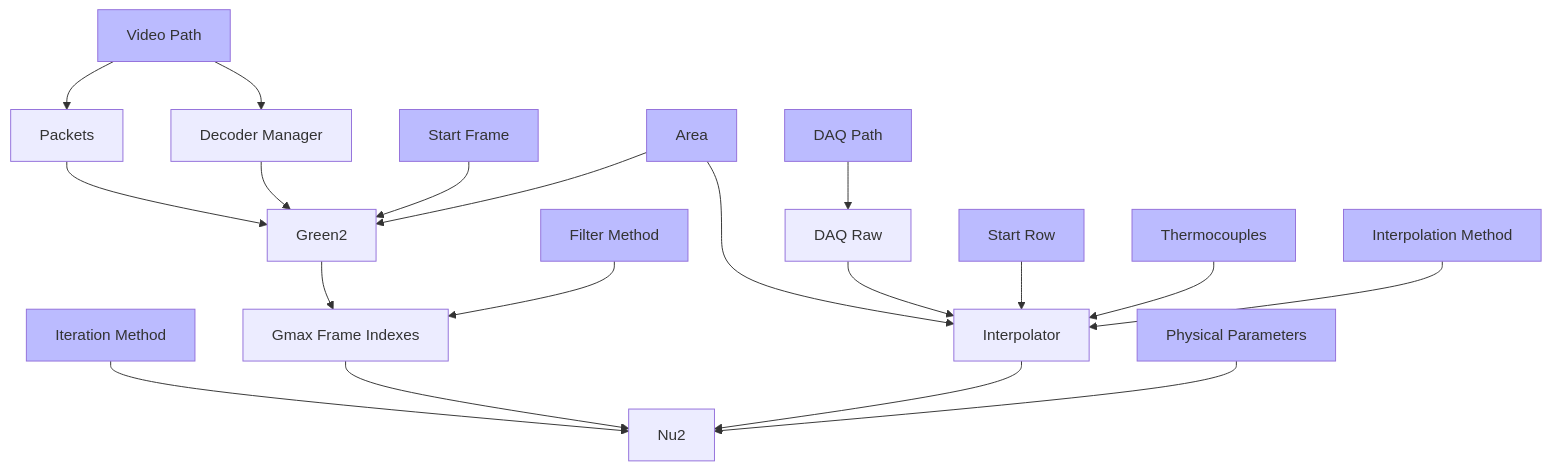
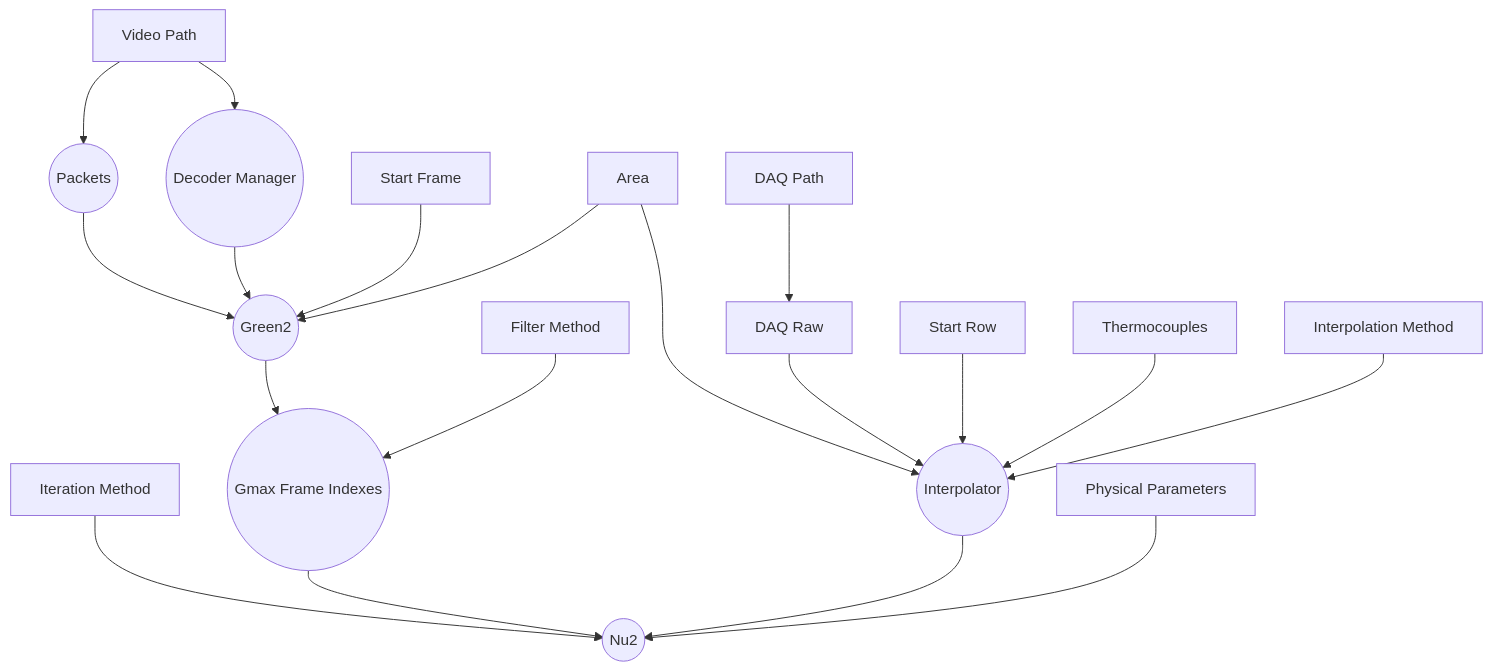
The first of 2 diagrams in README.md (starpact/tlc), drawn with Mermaid before and after one commit. The commit also changed other lines of this file, not shown here.

Commit message:
update deps graph

````diff
--- a/README.md
+++ b/README.md
@@ -10,31 +10,21 @@
 ```mermaid
 flowchart
-    video_path[Video Path] --> packets[Packets]
-    video_path --> decoder_manager[Decoder Manager]
-    packets --> green2[Green2]
+    video_path[Video Path] --> packets((Packets))
+    video_path --> decoder_manager((Decoder Manager))
+    packets --> green2((Green2))
     decoder_manager --> green2
     start_frame[Start Frame] --> green2
     area[Area] --> green2
     area --> interpolator
-    green2 --> gmax_frame_indexes[Gmax Frame Indexes]
+    green2 --> gmax_frame_indexes((Gmax Frame Indexes))
     daq_path[DAQ Path] --> daq_raw[DAQ Raw]
     daq_raw --> interpolator
     start_row[Start Row] --> interpolator
-    thermocouples[Thermocouples] --> interpolator[Interpolator]
+    thermocouples[Thermocouples] --> interpolator((Interpolator))
     interp_method[Interpolation Method] --> interpolator
     filter_method[Filter Method] --> gmax_frame_indexes
-    iteration_method[Iteration Method] --> nu2[Nu2]
+    iteration_method[Iteration Method] --> nu2((Nu2))
     gmax_frame_indexes --> nu2
     interpolator --> nu2
     physical_param[Physical Parameters] --> nu2
-    style video_path fill:#bbf
-    style daq_path fill:#bbf
-    style start_frame fill:#bbf
-    style start_row fill:#bbf
-    style area fill:#bbf
-    style thermocouples fill:#bbf
-    style interp_method fill:#bbf
-    style filter_method fill:#bbf
-    style iteration_method fill:#bbf
-    style physical_param fill:#bbf
 ```
````
